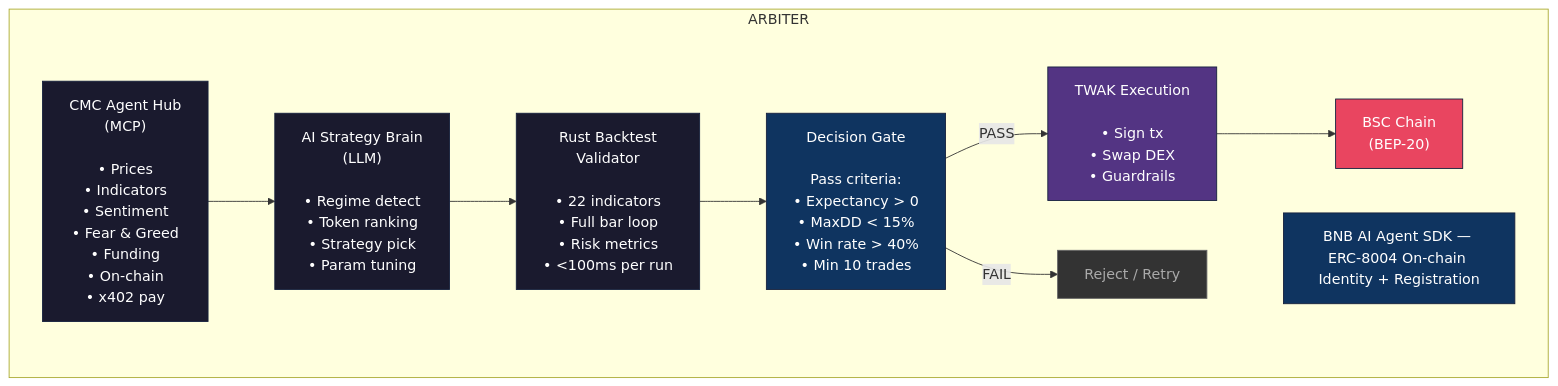
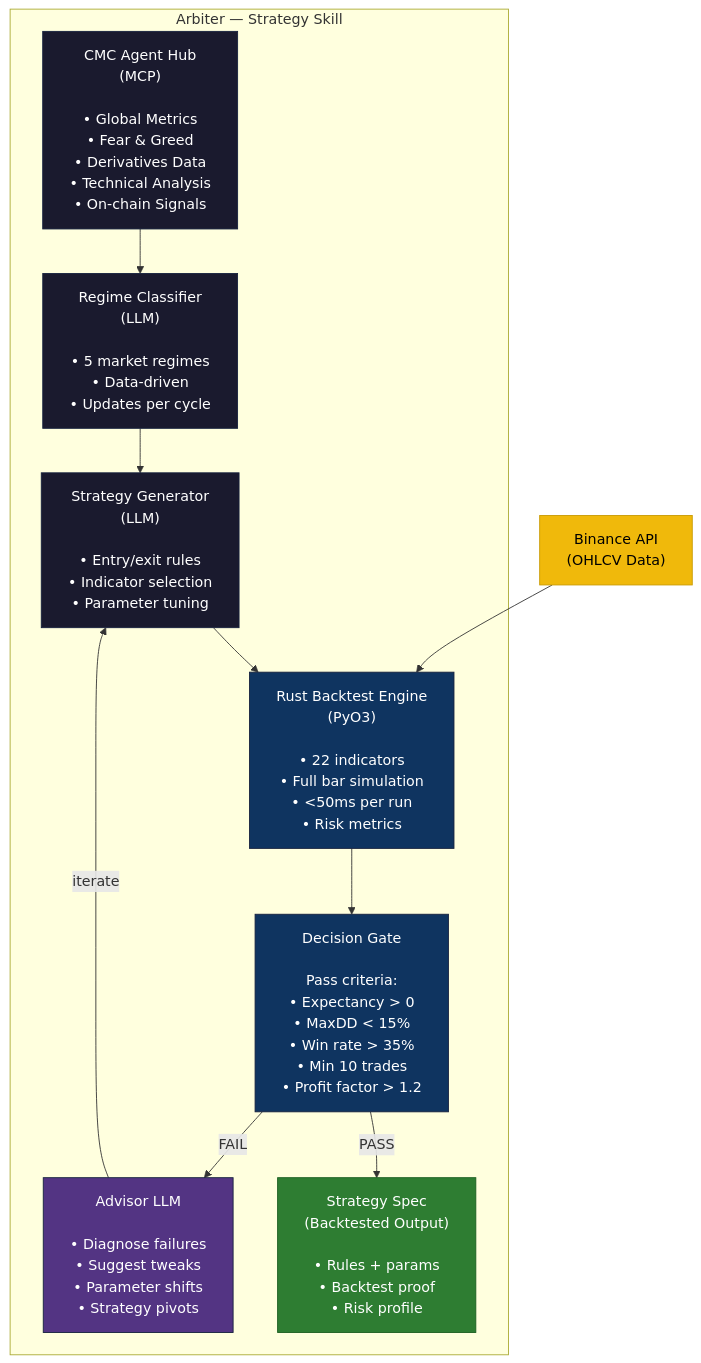
Before and after one commit to kunalshah017/arbiter: the first of 2 diagrams in IDEA.md, drawn with Mermaid. The commit also changed other lines of this file and 2 other files, not shown here.

Commit message:
docs: switch all documentation to Track 2 (Strategy Skills)

````diff
--- a/IDEA.md
+++ b/IDEA.md
@@ -48,26 +45,29 @@
 ```mermaid
 flowchart TD
-    subgraph ARBITER
-        CMC["CMC Agent Hub\n(MCP)\n\n• Prices\n• Indicators\n• Sentiment\n• Fear & Greed\n• Funding\n• On-chain\n• x402 pay"]
-        AI["AI Strategy Brain\n(LLM)\n\n• Regime detect\n• Token ranking\n• Strategy pick\n• Param tuning"]
-        RUST["Rust Backtest\nValidator\n\n• 22 indicators\n• Full bar loop\n• Risk metrics\n• <100ms per run"]
-        GATE["Decision Gate\n\nPass criteria:\n• Expectancy > 0\n• MaxDD < 15%\n• Win rate > 40%\n• Min 10 trades"]
-        TWAK["TWAK Execution\n\n• Sign tx\n• Swap DEX\n• Guardrails"]
-        BSC["BSC Chain\n(BEP-20)"]
-        SDK["BNB AI Agent SDK — ERC-8004 On-chain Identity + Registration"]
+    subgraph ARBITER["Arbiter — Strategy Skill"]
+        CMC["CMC Agent Hub\n(MCP)\n\n• Global Metrics\n• Fear & Greed\n• Derivatives Data\n• Technical Analysis\n• On-chain Signals"]
+        REGIME["Regime Classifier\n(LLM)\n\n• 5 market regimes\n• Data-driven\n• Updates per cycle"]
+        GEN["Strategy Generator\n(LLM)\n\n• Entry/exit rules\n• Indicator selection\n• Parameter tuning"]
+        RUST["Rust Backtest Engine\n(PyO3)\n\n• 22 indicators\n• Full bar simulation\n• <50ms per run\n• Risk metrics"]
+        GATE["Decision Gate\n\nPass criteria:\n• Expectancy > 0\n• MaxDD < 15%\n• Win rate > 35%\n• Min 10 trades\n• Profit factor > 1.2"]
+        ADV["Advisor LLM\n\n• Diagnose failures\n• Suggest tweaks\n• Parameter shifts\n• Strategy pivots"]
+        OUT["Strategy Spec\n(Backtested Output)\n\n• Rules + params\n• Backtest proof\n• Risk profile"]
 
-        CMC --> AI --> RUST --> GATE
-        GATE -->|PASS| TWAK
-        GATE -->|FAIL| REJECT["Reject / Retry"]
-        TWAK --> BSC
+        CMC --> REGIME --> GEN
+        GEN --> RUST --> GATE
+        GATE -->|PASS| OUT
+        GATE -->|FAIL| ADV
+        ADV -->|iterate| GEN
     end
 
+    BINANCE["Binance API\n(OHLCV Data)"] --> RUST
+
     style CMC fill:#1a1a2e,stroke:#16213e,color:#fff
-    style AI fill:#1a1a2e,stroke:#16213e,color:#fff
-    style RUST fill:#1a1a2e,stroke:#16213e,color:#fff
+    style REGIME fill:#1a1a2e,stroke:#16213e,color:#fff
+    style GEN fill:#1a1a2e,stroke:#16213e,color:#fff
+    style RUST fill:#0f3460,stroke:#16213e,color:#fff
     style GATE fill:#0f3460,stroke:#16213e,color:#fff
-    style TWAK fill:#533483,stroke:#16213e,color:#fff
-    style BSC fill:#e94560,stroke:#16213e,color:#fff
-    style SDK fill:#0f3460,stroke:#16213e,color:#fff
-    style REJECT fill:#333,stroke:#666,color:#aaa
+    style ADV fill:#533483,stroke:#16213e,color:#fff
+    style OUT fill:#2e7d32,stroke:#1b5e20,color:#fff
+    style BINANCE fill:#f0b90b,stroke:#c99a00,color:#000
 ```
````
